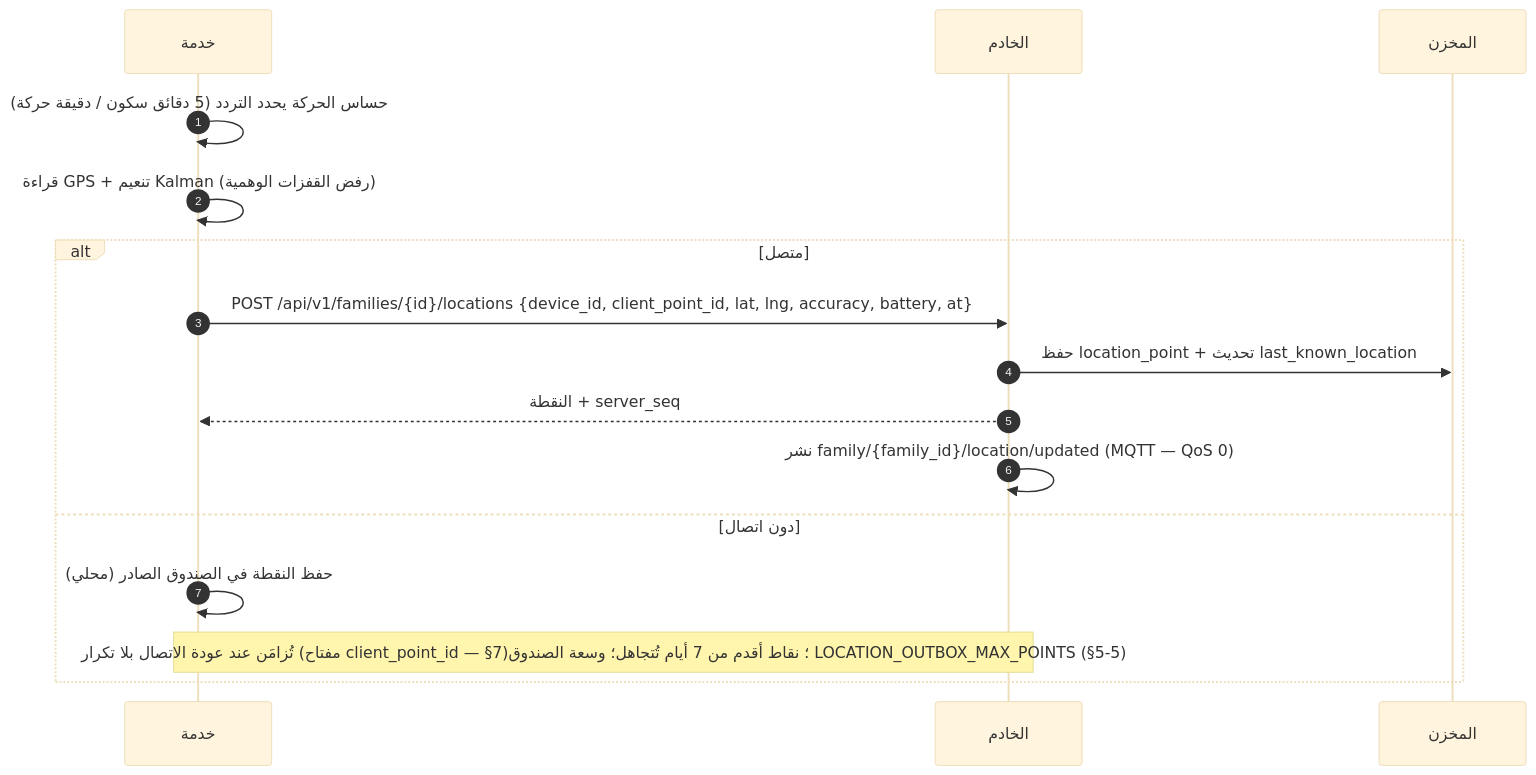
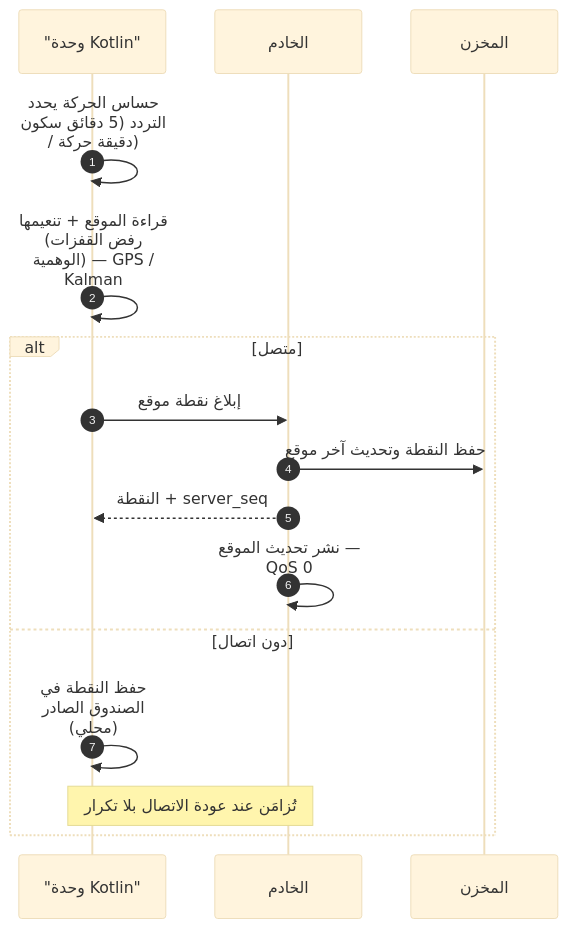
The fifth of 30 diagrams in docs/family-os/governance/phases/phase-1/S1-07-location-basic/DIAGRAMS.md (Bassam-mohammed-alqaeadi/family-os-v2), drawn with Mermaid (base theme) before and after one commit. The commit also changed other lines of this file, not shown here.

````diff
--- a/docs/family-os/governance/phases/phase-1/S1-07-location-basic/DIAGRAMS.md
+++ b/docs/family-os/governance/phases/phase-1/S1-07-location-basic/DIAGRAMS.md
@@ -210,18 +242,19 @@
 ```mermaid
+    %%{init: {"sequence": {"wrap": true}}}%%
 sequenceDiagram
     autonumber
-    participant Kotlin as خدمة
+    participant K as "وحدة Kotlin"
     participant Ktor as الخادم
     participant PG as المخزن
-    Kotlin->>Kotlin: حساس الحركة يحدد التردد (5 دقائق سكون / دقيقة حركة)
-    Kotlin->>Kotlin: قراءة GPS + تنعيم Kalman (رفض القفزات الوهمية)
+    K->>K: حساس الحركة يحدد التردد (5 دقائق سكون / دقيقة حركة)
+    K->>K: قراءة الموقع + تنعيمها (رفض القفزات الوهمية) — GPS / Kalman
     alt متصل
-        Kotlin->>Ktor: POST /api/v1/families/{id}/locations {device_id, client_point_id, lat, lng, accuracy, battery, at}
-        Ktor->>PG: حفظ location_point + تحديث last_known_location
-        Ktor-->>Kotlin: النقطة + server_seq
-        Ktor->>Ktor: نشر family/{family_id}/location/updated (MQTT — QoS 0)
+        K->>Ktor: إبلاغ نقطة موقع
+        Ktor->>PG: حفظ النقطة وتحديث آخر موقع
+        Ktor-->>K: النقطة + server_seq
+        Ktor->>Ktor: نشر تحديث الموقع — QoS 0
     else دون اتصال
-        Kotlin->>Kotlin: حفظ النقطة في الصندوق الصادر (محلي)
-        Note over Kotlin,Ktor: تُزامَن عند عودة الاتصال بلا تكرار (مفتاح client_point_id — §7)؛ نقاط أقدم من 7 أيام تُتجاهل؛ وسعة الصندوق LOCATION_OUTBOX_MAX_POINTS (§5-5)
+        K->>K: حفظ النقطة في الصندوق الصادر (محلي)
+        Note over K,Ktor: تُزامَن عند عودة الاتصال بلا تكرار
     end
 ```
````
